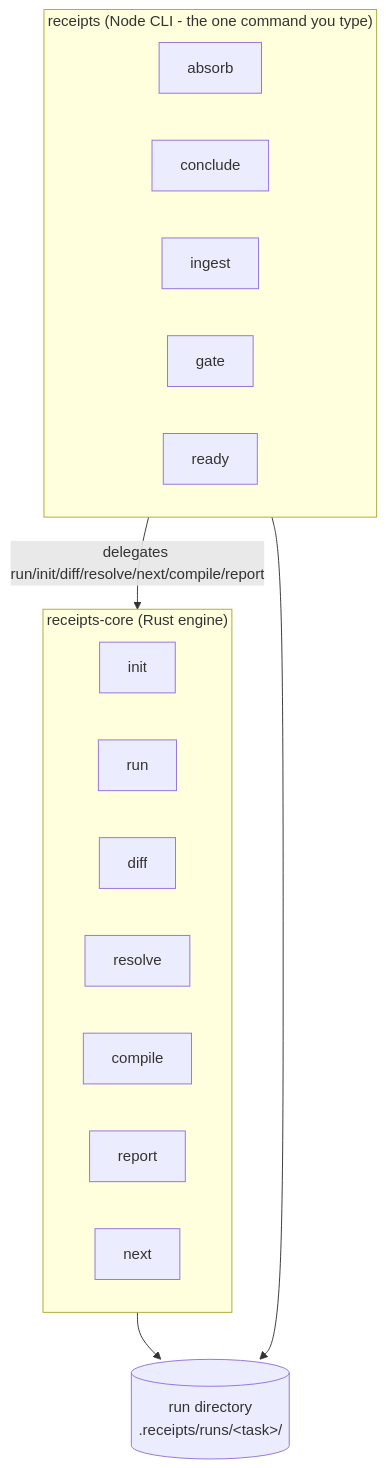
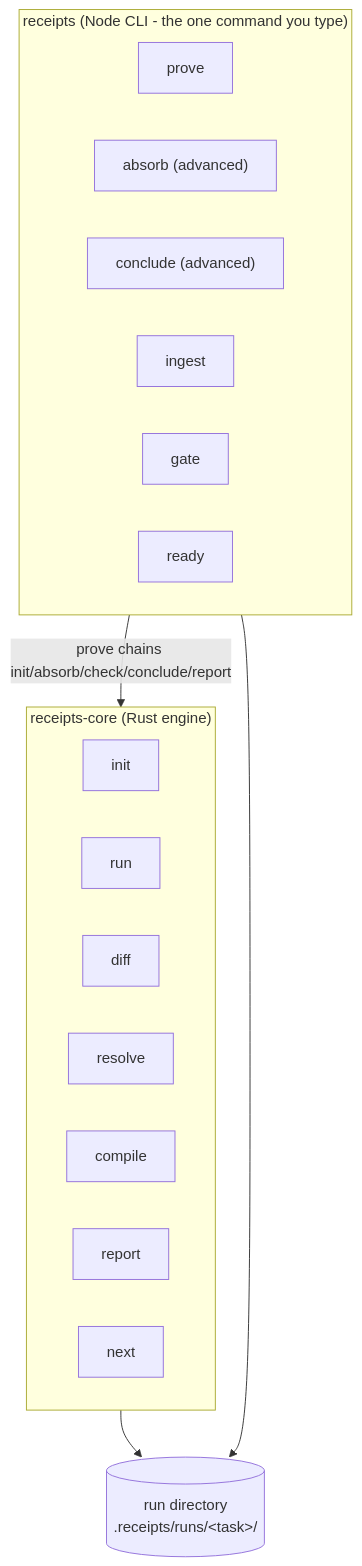
One commit to inchwormz/agent-receipts changed the first of 2 diagrams in docs/HOW-IT-WORKS.md. Above: the diagram before and after it, drawn with Mermaid. The commit also changed other lines of this file and 16 other files, not shown here.

````diff
--- a/docs/HOW-IT-WORKS.md
+++ b/docs/HOW-IT-WORKS.md
@@ -9,24 +9,25 @@
 ```mermaid
 flowchart TB
     subgraph cli["receipts (Node CLI - the one command you type)"]
         direction LR
-        ABS["absorb"]
-        CON["conclude"]
+        PRV["prove"]
+        ABS["absorb (advanced)"]
+        CON["conclude (advanced)"]
         ING["ingest"]
         GAT["gate"]
         RDY["ready"]
     end
     subgraph core["receipts-core (Rust engine)"]
         direction LR
         INIT["init"]
         RUNC["run"]
         DIF["diff"]
         RES["resolve"]
         CMP["compile"]
         REP["report"]
         NXT["next"]
     end
-    cli -->|"delegates run/init/diff/resolve/next/compile/report"| core
+    cli -->|"prove chains init/absorb/check/conclude/report"| core
     core --> RD[("run directory<br/>.receipts/runs/&lt;task&gt;/")]
     cli --> RD
 ```
````
